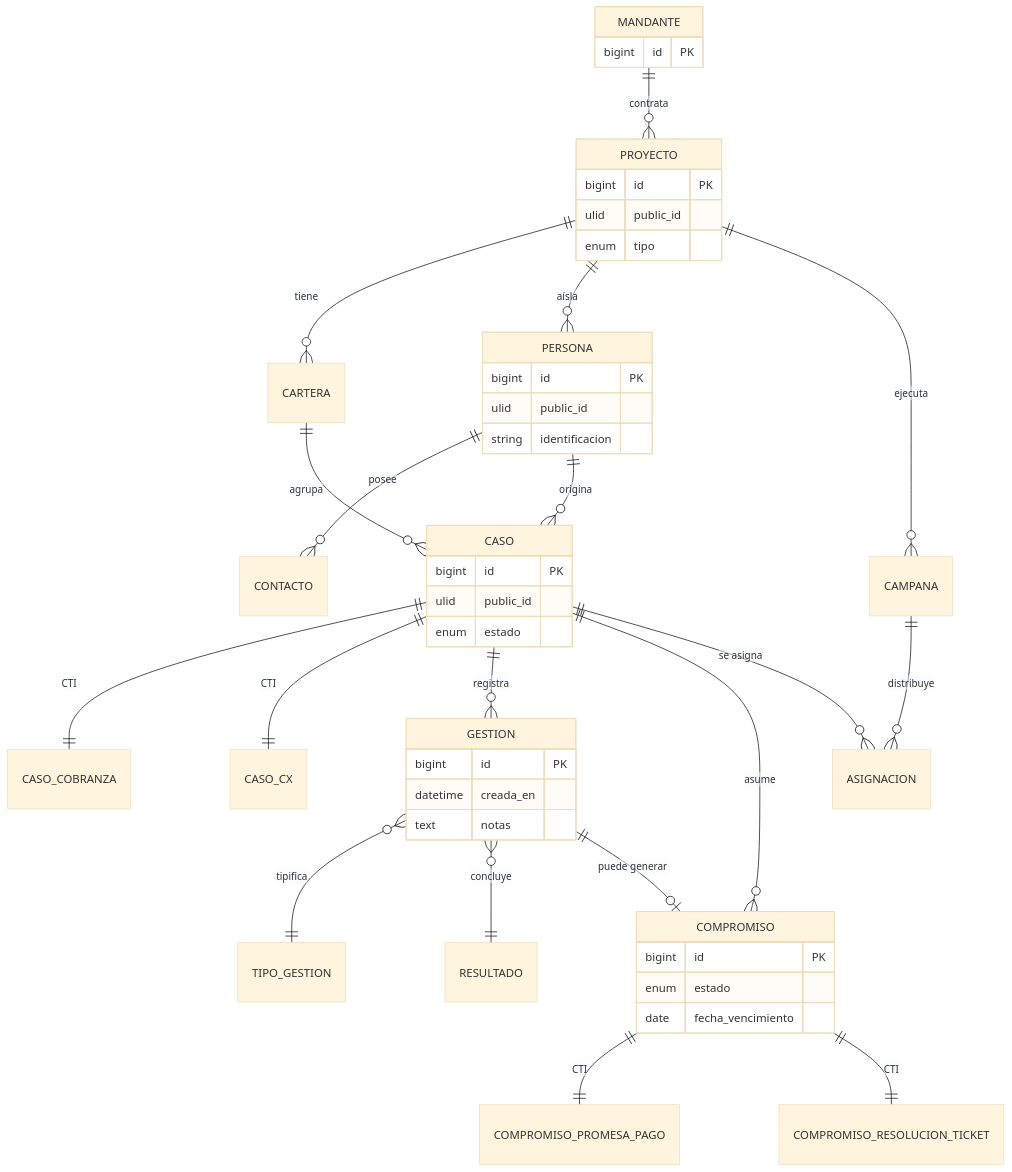
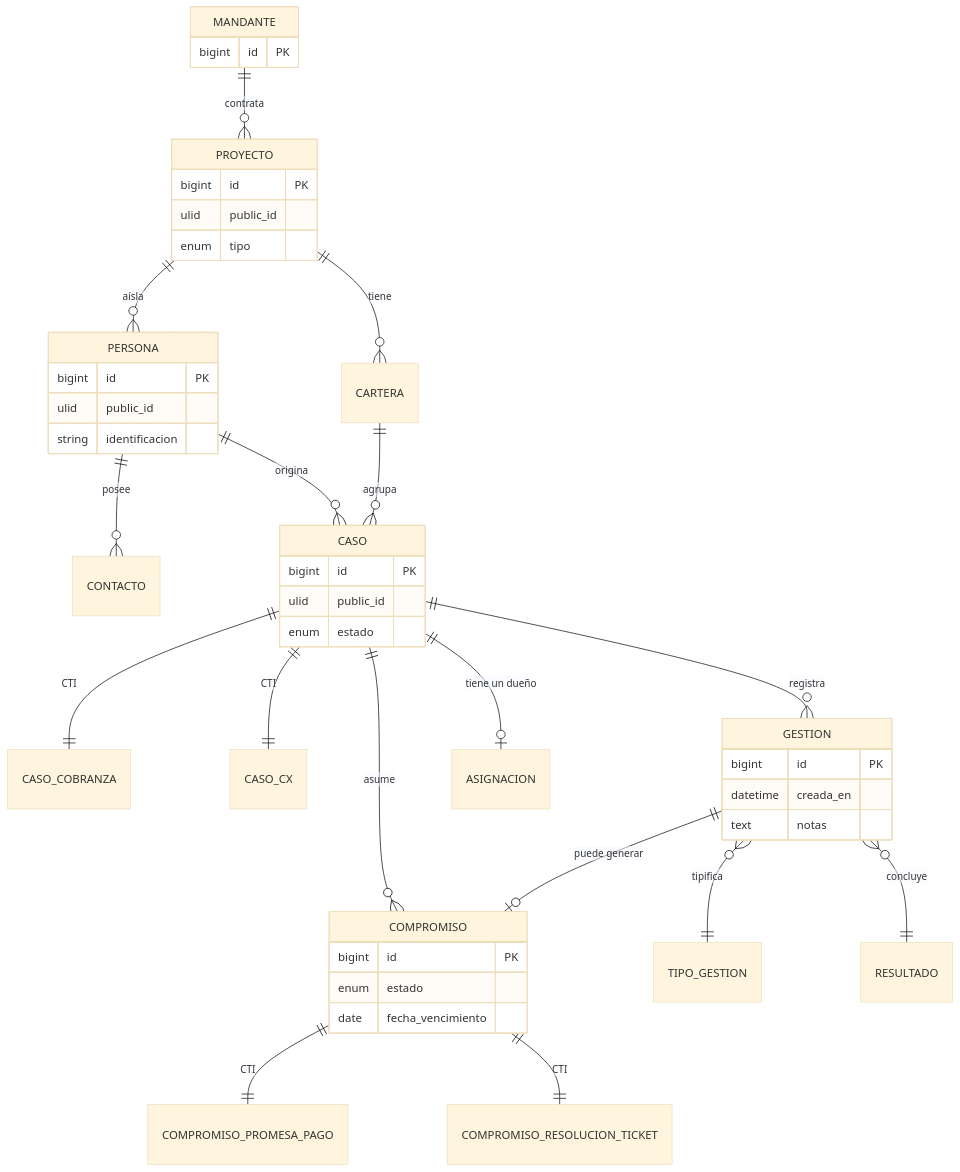
The third of 4 diagrams in README.md (Saimper/crm1.0), drawn with Mermaid (base theme) before and after one commit. The commit also changed other lines of this file and 18 other files, not shown here.

````diff
--- a/README.md
+++ b/README.md
@@ -212,28 +210,26 @@
 ```mermaid
 erDiagram
   MANDANTE ||--o{ PROYECTO : "contrata"
   PROYECTO ||--o{ CARTERA : "tiene"
   PROYECTO ||--o{ PERSONA : "aísla"
-  PROYECTO ||--o{ CAMPANA : "ejecuta"
   PERSONA  ||--o{ CONTACTO : "posee"
   PERSONA  ||--o{ CASO : "origina"
   CARTERA  ||--o{ CASO : "agrupa"
   CASO     ||--|| CASO_COBRANZA : "CTI"
   CASO     ||--|| CASO_CX : "CTI"
   CASO     ||--o{ GESTION : "registra"
   CASO     ||--o{ COMPROMISO : "asume"
   GESTION  }o--|| TIPO_GESTION : "tipifica"
   GESTION  }o--|| RESULTADO : "concluye"
   GESTION  ||--o| COMPROMISO : "puede generar"
   COMPROMISO ||--|| COMPROMISO_PROMESA_PAGO : "CTI"
   COMPROMISO ||--|| COMPROMISO_RESOLUCION_TICKET : "CTI"
-  CAMPANA  ||--o{ ASIGNACION : "distribuye"
-  CASO     ||--o{ ASIGNACION : "se asigna"
+  CASO     ||--o| ASIGNACION : "tiene un dueño"
 
   MANDANTE { bigint id PK }
   PROYECTO { bigint id PK ulid public_id enum tipo }
   PERSONA  { bigint id PK ulid public_id string identificacion }
   CASO     { bigint id PK ulid public_id enum estado }
   GESTION  { bigint id PK datetime creada_en text notas }
   COMPROMISO { bigint id PK enum estado date fecha_vencimiento }
 ```
````
